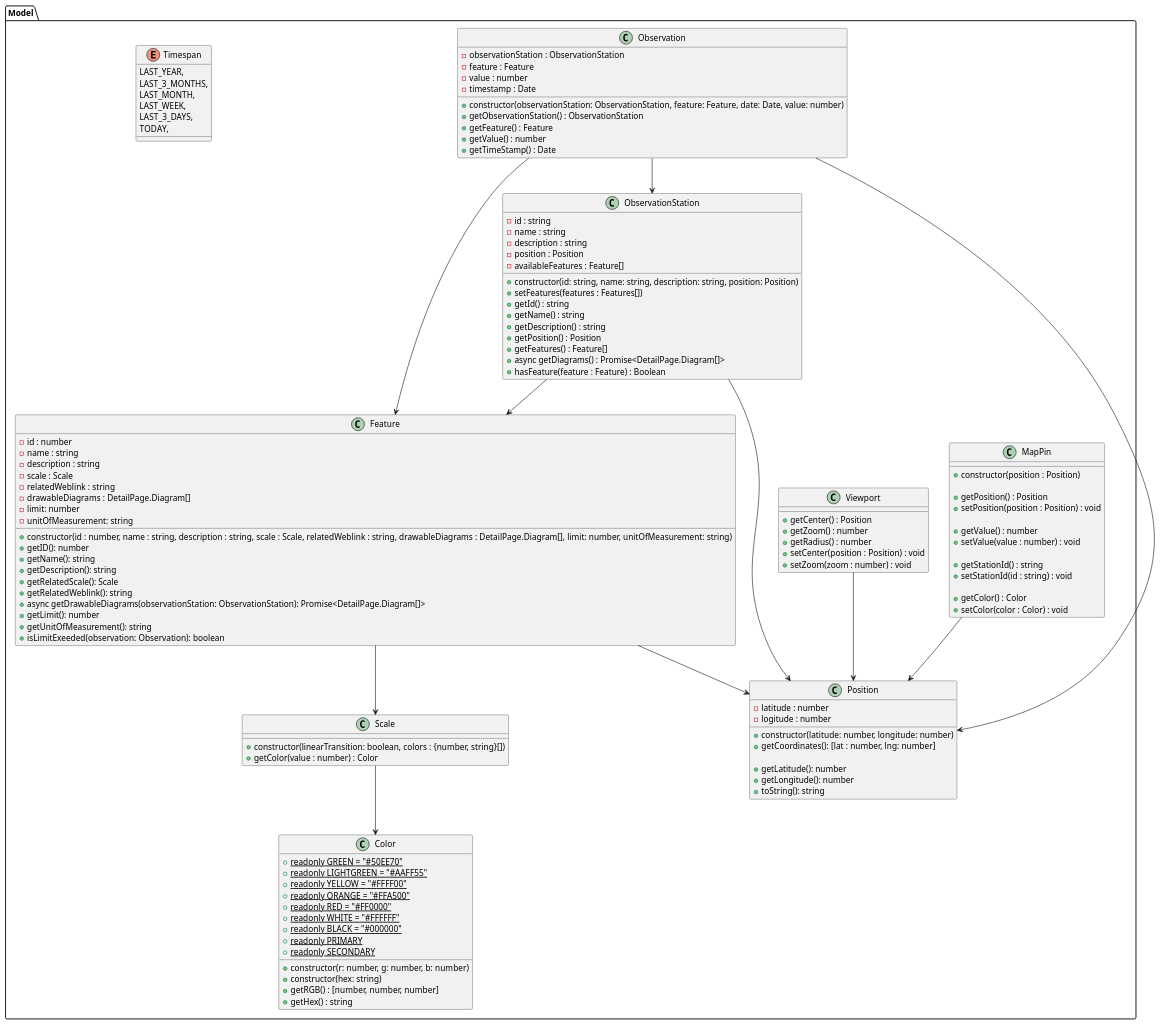
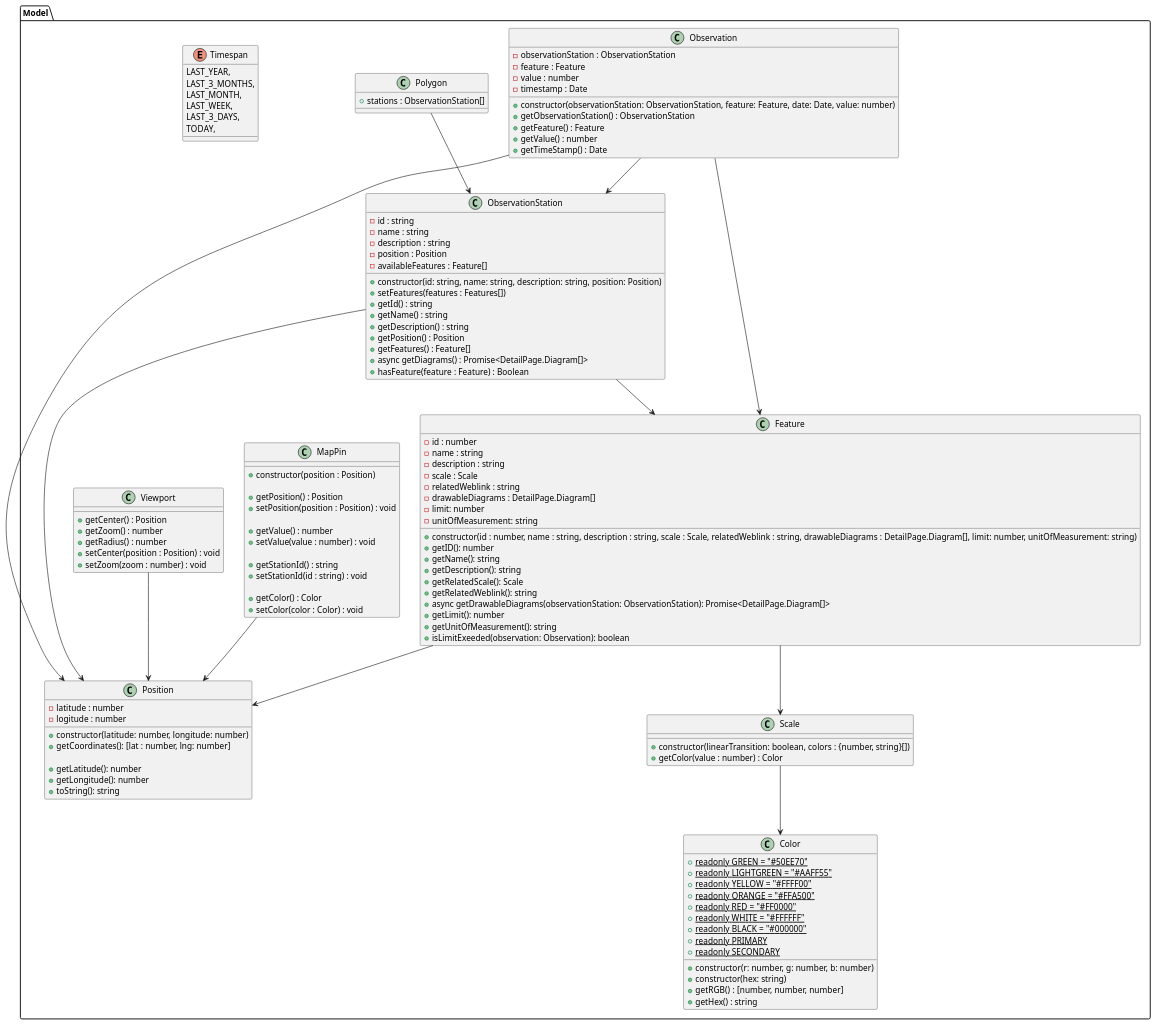
Before and after one commit to JonaEnz/pse-airquality-1: the diagram in Entwurf/PlantUML/ClassDiagrams/MVC/Model.puml, drawn with PlantUML.

```diff
--- a/Entwurf/PlantUML/ClassDiagrams/MVC/Model.puml
+++ b/Entwurf/PlantUML/ClassDiagrams/MVC/Model.puml
@@ -1,143 +1,150 @@
 @startuml Model
 
 namespace Model {
 
 
     Feature --> Position
     Feature --> Scale
 
     MapPin --> Position
     Viewport --> Position
 
     Observation --> Feature
     Observation --> Position
     Observation --> ObservationStation
 
     ObservationStation --> Feature
     ObservationStation --> Position
 
     Scale --> Color
+
+    Polygon --> ObservationStation
+
+
+    class Polygon {
+        + stations : ObservationStation[]
+    }
 
     class MapPin {
         +constructor(position : Position)
 
         + getPosition() : Position
         + setPosition(position : Position) : void
 
         + getValue() : number
         + setValue(value : number) : void
 
         + getStationId() : string
         + setStationId(id : string) : void
 
         + getColor() : Color
         + setColor(color : Color) : void
     }
 
     class Viewport {
         + getCenter() : Position
         + getZoom() : number
         + getRadius() : number
         + setCenter(position : Position) : void
         + setZoom(zoom : number) : void
     }
 
     class ObservationStation {
         - id : string
         - name : string
         - description : string
         - position : Position
         - availableFeatures : Feature[]
 
         + constructor(id: string, name: string, description: string, position: Position)
         + setFeatures(features : Features[])
         + getId() : string
         + getName() : string
         + getDescription() : string
         + getPosition() : Position
         + getFeatures() : Feature[]
         + async getDiagrams() : Promise<DetailPage.Diagram[]>
         + hasFeature(feature : Feature) : Boolean
     }
 
     class Observation {
         - observationStation : ObservationStation
         - feature : Feature
         - value : number
         - timestamp : Date
 
         + constructor(observationStation: ObservationStation, feature: Feature, date: Date, value: number)
         + getObservationStation() : ObservationStation
         + getFeature() : Feature
         + getValue() : number
         + getTimeStamp() : Date
     }
 
     enum Timespan {
         LAST_YEAR,
         LAST_3_MONTHS,
         LAST_MONTH,
         LAST_WEEK,
         LAST_3_DAYS,
         TODAY,
     }
 
     class Position {
         - latitude : number
         - logitude : number
 
         + constructor(latitude: number, longitude: number)
         + getCoordinates(): [lat : number, lng: number]
 
         + getLatitude(): number
         + getLongitude(): number
         + toString(): string
     }
 
     class Feature {
         - id : number
         - name : string
         - description : string
         - scale : Scale
         - relatedWeblink : string
         - drawableDiagrams : DetailPage.Diagram[]
         - limit: number
         - unitOfMeasurement: string
 
         + constructor(id : number, name : string, description : string, scale : Scale, relatedWeblink : string, drawableDiagrams : DetailPage.Diagram[], limit: number, unitOfMeasurement: string)
         + getID(): number
         + getName(): string
         + getDescription(): string
         + getRelatedScale(): Scale
         + getRelatedWeblink(): string
         + async getDrawableDiagrams(observationStation: ObservationStation): Promise<DetailPage.Diagram[]>
         + getLimit(): number
         + getUnitOfMeasurement(): string
         + isLimitExeeded(observation: Observation): boolean
     }
 
     class Color {
         {static} + readonly GREEN = "#50EE70"
         {static} + readonly LIGHTGREEN = "#AAFF55"
         {static} + readonly YELLOW = "#FFFF00"
         {static} + readonly ORANGE = "#FFA500"
         {static} + readonly RED = "#FF0000"
         {static} + readonly WHITE = "#FFFFFF"
         {static} + readonly BLACK = "#000000"
         {static} + readonly PRIMARY
         {static} + readonly SECONDARY
 
         + constructor(r: number, g: number, b: number)
         + constructor(hex: string)
         + getRGB() : [number, number, number]
         + getHex() : string
     }
 
     class Scale {
         + constructor(linearTransition: boolean, colors : {number, string}[])
         + getColor(value : number) : Color
     }
 
 }
 
 @enduml
```
